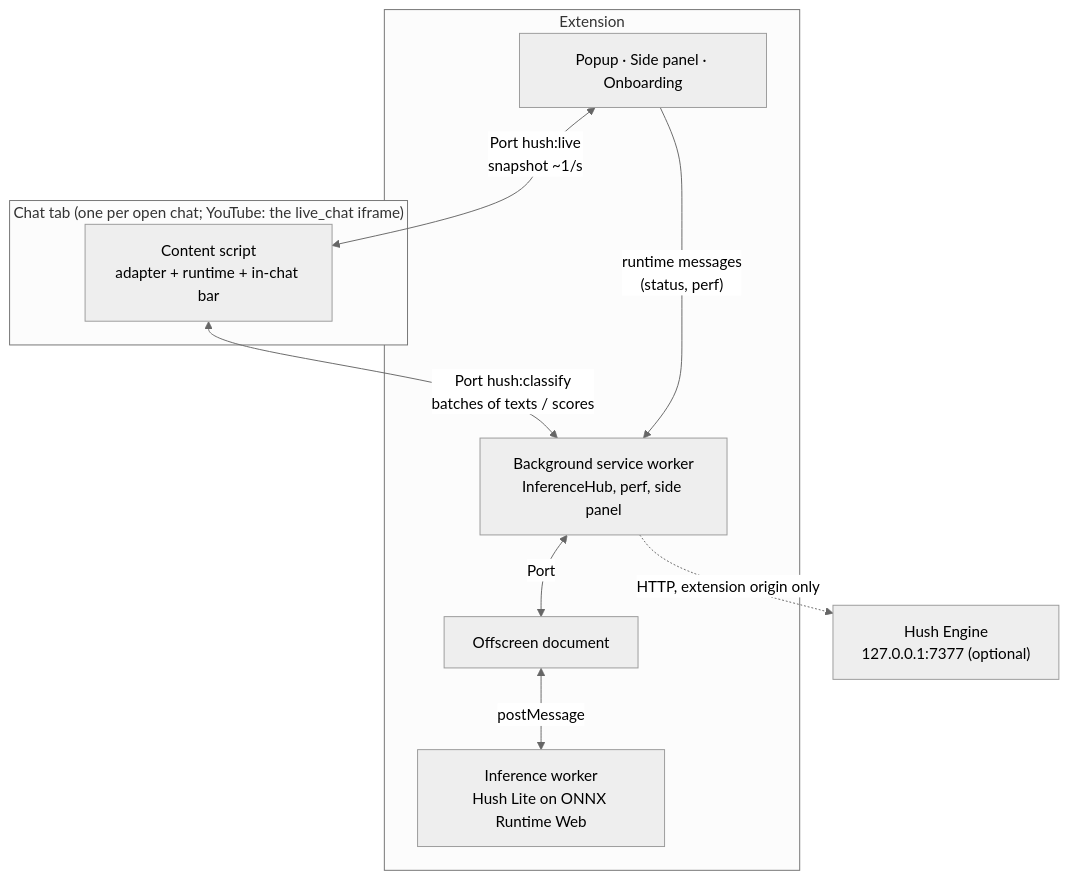
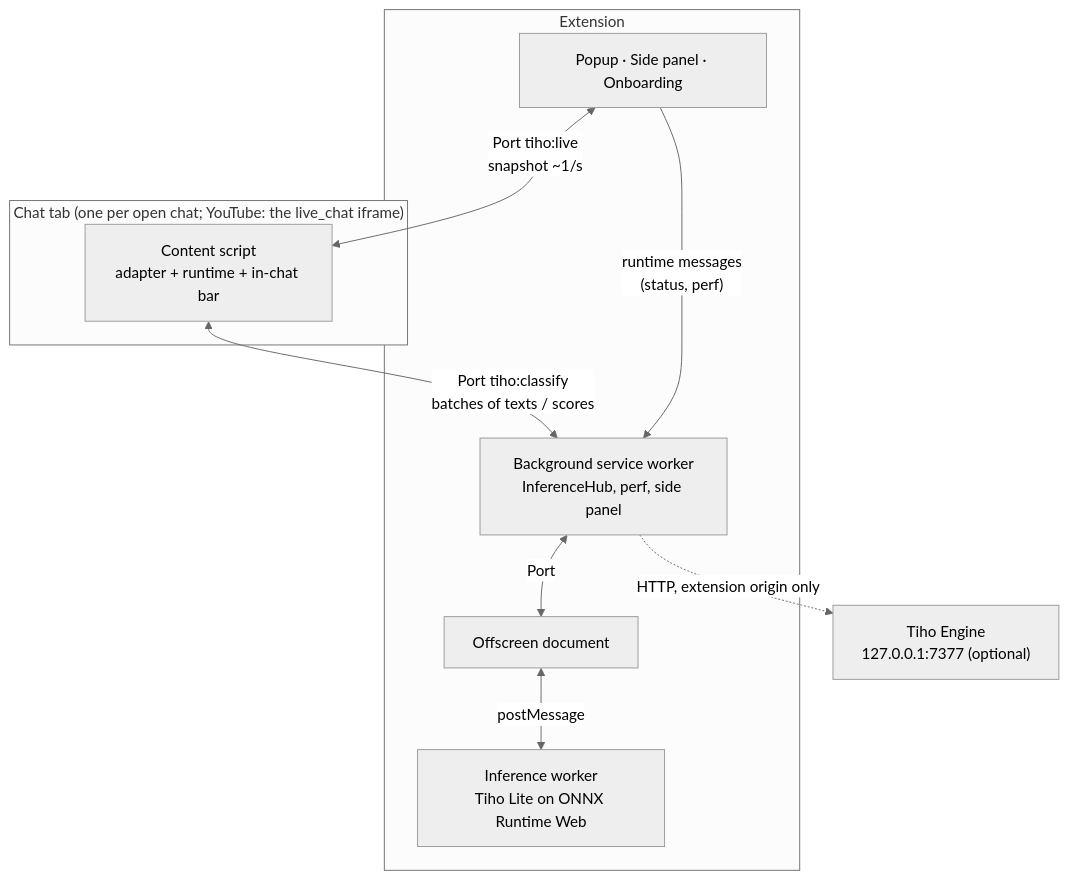
One commit to daradudai/tiho changed the first of 3 diagrams in docs/architecture.md. Above: the diagram before and after it, drawn with Mermaid (neutral theme). The commit also changed other lines of this file and 172 other files, not shown here.

First line of the commit message:
Rename Hush to Tiho; ship the v3 model; store listing assets; tiho.chat site

````diff
--- a/docs/architecture.md
+++ b/docs/architecture.md
@@ -7,20 +7,20 @@
 ```mermaid
 flowchart TB
     subgraph tab["Chat tab (one per open chat; YouTube: the live_chat iframe)"]
         cs["Content script<br/>adapter + runtime + in-chat bar"]
     end
     subgraph ext["Extension"]
         sw["Background service worker<br/>InferenceHub, perf, side panel"]
         off["Offscreen document"]
-        wk["Inference worker<br/>Hush Lite on ONNX Runtime Web"]
+        wk["Inference worker<br/>Tiho Lite on ONNX Runtime Web"]
         ui["Popup · Side panel · Onboarding"]
     end
-    eng["Hush Engine<br/>127.0.0.1:7377 (optional)"]
+    eng["Tiho Engine<br/>127.0.0.1:7377 (optional)"]
 
-    cs <-- "Port hush:classify<br/>batches of texts / scores" --> sw
+    cs <-- "Port tiho:classify<br/>batches of texts / scores" --> sw
     sw <-- "Port" --> off
     off <-- "postMessage" --> wk
     ui -- "runtime messages<br/>(status, perf)" --> sw
-    ui <-- "Port hush:live<br/>snapshot ~1/s" --> cs
+    ui <-- "Port tiho:live<br/>snapshot ~1/s" --> cs
     sw -. "HTTP, extension origin only" .-> eng
 ```
````
